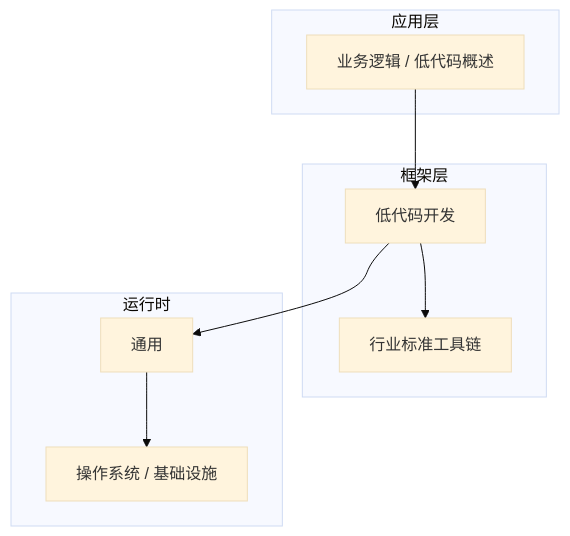
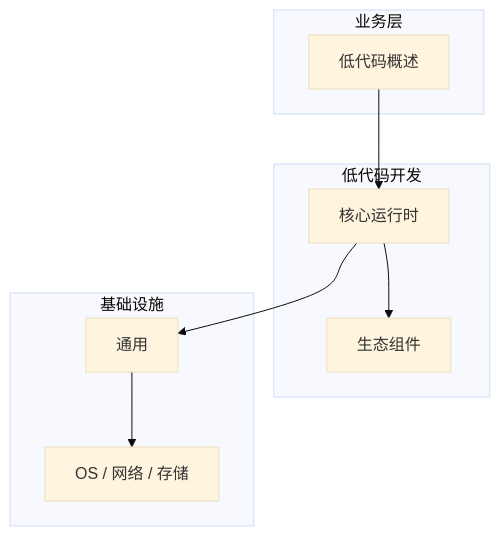
The diagram in articles/低代码开发/chapters/001-低代码概述核心概念与原理.md (yanggan2015/knowledge-json-v2), drawn with Mermaid (base theme) before and after one commit. The commit also changed other lines of this file and 10127 other files, not shown here.

````diff
--- a/articles/低代码开发/chapters/001-低代码概述核心概念与原理.md
+++ b/articles/低代码开发/chapters/001-低代码概述核心概念与原理.md
@@ -45,18 +30,18 @@
 ```mermaid
 graph TB
-    subgraph 应用层
-        A[业务逻辑 / 低代码概述]
+    subgraph 业务层
+        A[低代码概述]
     end
-    subgraph 框架层
-        B[低代码开发]
-        C[行业标准工具链]
+    subgraph 低代码开发
+        B[核心运行时]
+        C[生态组件]
     end
-    subgraph 运行时
+    subgraph 基础设施
         D[通用]
-        E[操作系统 / 基础设施]
+        E[OS / 网络 / 存储]
     end
     A --> B
     B --> C
     B --> D
     D --> E
 ```
````
